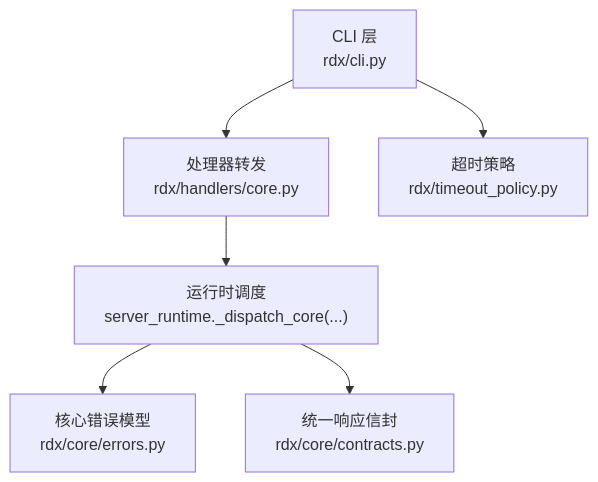
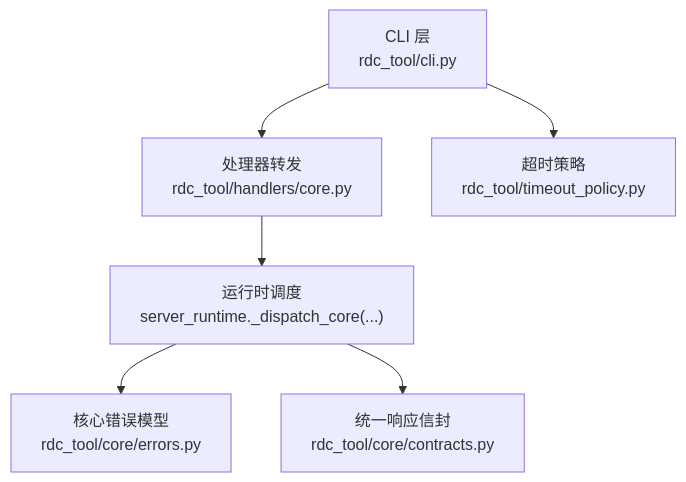
One commit to haolange/RDC-Tool changed the first of 8 diagrams in .qoder/repowiki/zh/content/架构设计/错误处理策略.md. Above: the diagram before and after it, drawn with Mermaid. The commit also changed other lines of this file and 388 other files, not shown here.

First line of the commit message:
Release RDC-Tool identity and public maintenance surface

````diff
--- a/.qoder/repowiki/zh/content/架构设计/错误处理策略.md
+++ b/.qoder/repowiki/zh/content/架构设计/错误处理策略.md
@@ -35,8 +35,8 @@
 ```mermaid
 graph TB
-A["CLI 层<br/>rdx/cli.py"] --> B["处理器转发<br/>rdx/handlers/core.py"]
+A["CLI 层<br/>rdc_tool/cli.py"] --> B["处理器转发<br/>rdc_tool/handlers/core.py"]
 B --> C["运行时调度<br/>server_runtime._dispatch_core(...)"]
-C --> D["核心错误模型<br/>rdx/core/errors.py"]
-C --> E["统一响应信封<br/>rdx/core/contracts.py"]
-A --> F["超时策略<br/>rdx/timeout_policy.py"]
+C --> D["核心错误模型<br/>rdc_tool/core/errors.py"]
+C --> E["统一响应信封<br/>rdc_tool/core/contracts.py"]
+A --> F["超时策略<br/>rdc_tool/timeout_policy.py"]
 ```
````
